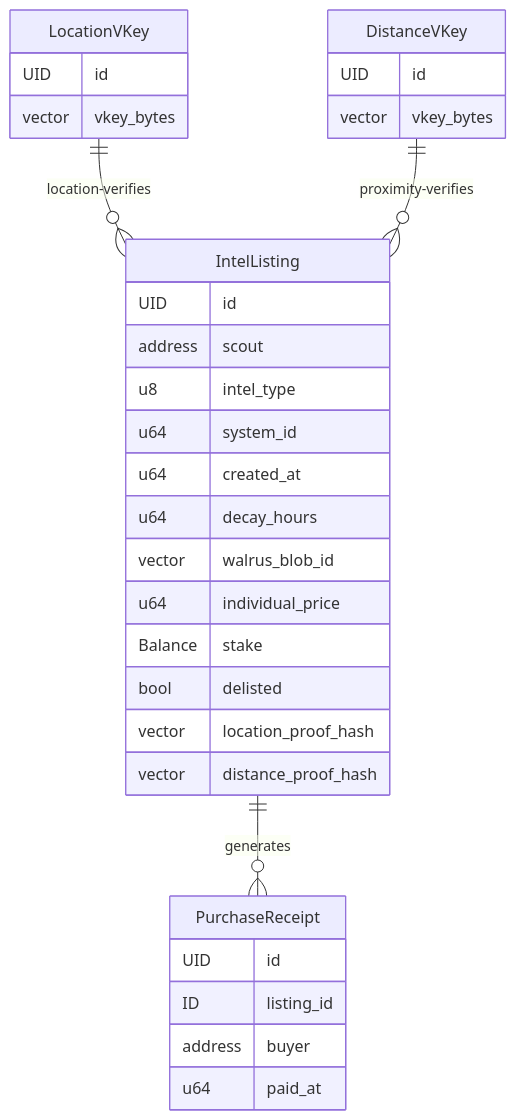
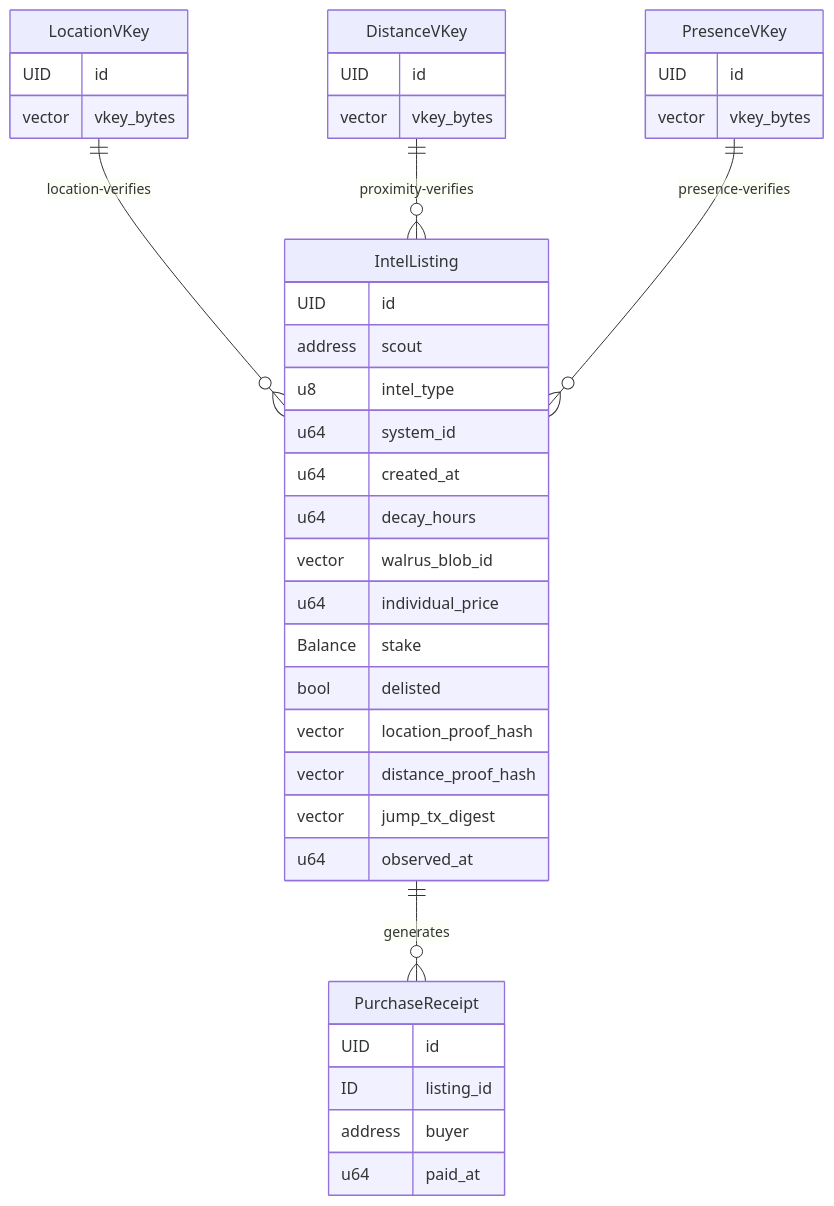
Before and after one commit to bozbuilds/The_RiftBroker: the diagram in docs/ARCHITECTURE.md, drawn with Mermaid. The commit also changed other lines of this file and 4 other files, not shown here.

````diff
--- a/docs/ARCHITECTURE.md
+++ b/docs/ARCHITECTURE.md
@@ -154,38 +197,46 @@
 ```mermaid
 erDiagram
     LocationVKey {
         UID id
         vector vkey_bytes
     }
 
     DistanceVKey {
+        UID id
+        vector vkey_bytes
+    }
+
+    PresenceVKey {
         UID id
         vector vkey_bytes
     }
 
     IntelListing {
         UID id
         address scout
         u8 intel_type
         u64 system_id
         u64 created_at
         u64 decay_hours
         vector walrus_blob_id
         u64 individual_price
         Balance stake
         bool delisted
         vector location_proof_hash
         vector distance_proof_hash
+        vector jump_tx_digest
+        u64 observed_at
     }
 
     PurchaseReceipt {
         UID id
         ID listing_id
         address buyer
         u64 paid_at
     }
 
     LocationVKey ||--o{ IntelListing : "location-verifies"
     DistanceVKey ||--o{ IntelListing : "proximity-verifies"
+    PresenceVKey ||--o{ IntelListing : "presence-verifies"
     IntelListing ||--o{ PurchaseReceipt : "generates"
 ```
````
